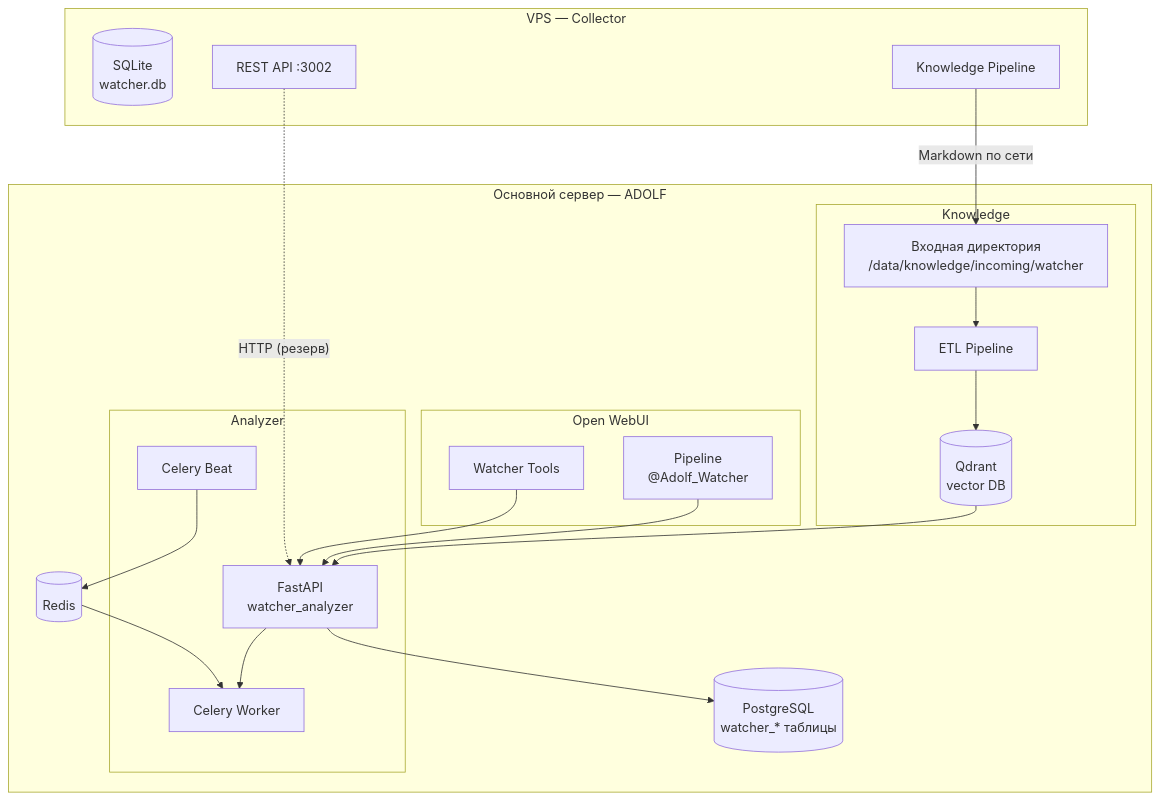
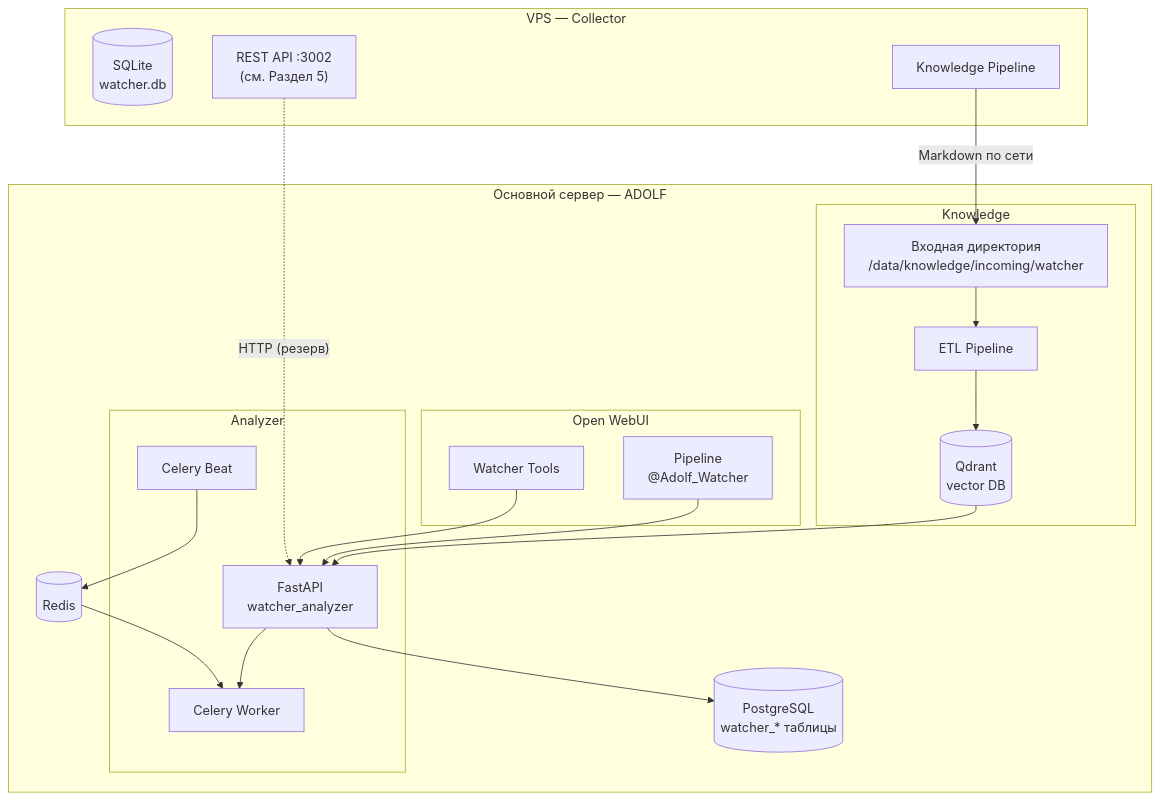
The first of 4 diagrams in watcher/adolf_watcher_6_analyzer_open_webui.md (Sign25/Docs), drawn with Mermaid before and after one commit. The commit also changed other lines of this file, not shown here.

Commit message:
Watcher v4.1: Раздел 6 — Analyzer и Open WebUI (обновлены перекрёстные ссылки, входные данные, версия)

````diff
--- a/watcher/adolf_watcher_6_analyzer_open_webui.md
+++ b/watcher/adolf_watcher_6_analyzer_open_webui.md
@@ -19,44 +19,44 @@
 ```mermaid
 flowchart TB
     subgraph VPS["VPS — Collector"]
         SQLITE[("SQLite<br/>watcher.db")]
-        API_COL["REST API :3002"]
+        API_COL["REST API :3002<br/>(см. Раздел 5)"]
         KP["Knowledge Pipeline"]
     end
 
     subgraph MAIN["Основной сервер — ADOLF"]
         subgraph ANALYZER["Analyzer"]
             FAST["FastAPI<br/>watcher_analyzer"]
             CELERY_W["Celery Worker"]
             CELERY_B["Celery Beat"]
         end
 
         subgraph KNOWLEDGE["Knowledge"]
             INPUT["Входная директория<br/>/data/knowledge/incoming/watcher"]
             ETL["ETL Pipeline"]
             QDRANT[("Qdrant<br/>vector DB")]
         end
 
         subgraph OWUI["Open WebUI"]
             PIPE["Pipeline<br/>@Adolf_Watcher"]
             TOOLS["Watcher Tools"]
         end
 
         CORE_DB[("PostgreSQL<br/>watcher_* таблицы")]
         REDIS[("Redis")]
     end
 
     KP -->|"Markdown по сети"| INPUT
     INPUT --> ETL
     ETL --> QDRANT
 
     QDRANT --> FAST
     FAST --> CORE_DB
     FAST --> CELERY_W
     CELERY_B --> REDIS --> CELERY_W
 
     PIPE --> FAST
     TOOLS --> FAST
 
     API_COL -.->|"HTTP (резерв)"| FAST
 ```
````
